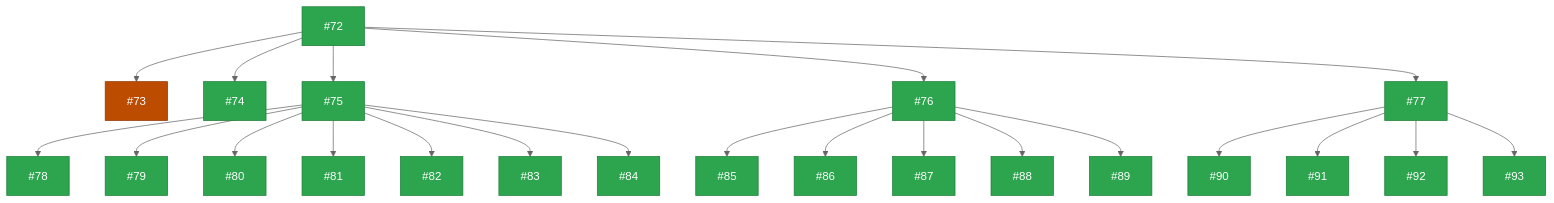
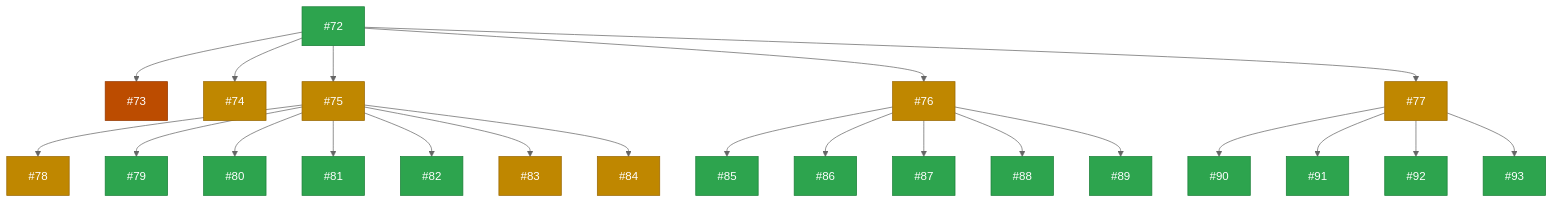
One commit to zappfish/zapp-requirements-tracker changed the eighth of 9 diagrams in README.md. Above: the diagram before and after it, drawn with Mermaid (neutral theme). The commit also changed other lines of this file, not shown here.

Commit message:
Update WBS diagram colors to match project board statuses (#122)

````diff
--- a/README.md
+++ b/README.md
@@ -376,63 +376,63 @@
 ```mermaid
 graph TD
     R6["#72"]:::backlog
 
     R6A["#73"]:::done
-    R6B["#74"]:::backlog
-    R6C["#75"]:::backlog
-    R6D["#76"]:::backlog
-    R6E["#77"]:::backlog
+    R6B["#74"]:::inprogress
+    R6C["#75"]:::inprogress
+    R6D["#76"]:::inprogress
+    R6E["#77"]:::inprogress
     R6 --> R6A & R6B & R6C & R6D & R6E
 
-    R6C1["#78"]:::backlog
+    R6C1["#78"]:::inprogress
     R6C2["#79"]:::backlog
     R6C3["#80"]:::backlog
     R6C4["#81"]:::backlog
     R6C5["#82"]:::backlog
-    R6C6["#83"]:::backlog
-    R6C7["#84"]:::backlog
+    R6C6["#83"]:::inprogress
+    R6C7["#84"]:::inprogress
     R6C --> R6C1 & R6C2 & R6C3 & R6C4 & R6C5 & R6C6 & R6C7
 
     R6D1["#85"]:::backlog
     R6D2["#86"]:::backlog
     R6D3["#87"]:::backlog
     R6D4["#88"]:::backlog
     R6D5["#89"]:::backlog
     R6D --> R6D1 & R6D2 & R6D3 & R6D4 & R6D5
 
     R6E1["#90"]:::backlog
     R6E2["#91"]:::backlog
     R6E3["#92"]:::backlog
     R6E4["#93"]:::backlog
     R6E --> R6E1 & R6E2 & R6E3 & R6E4
 
     click R6 href "https://github.com/zappfish/zapp-requirements-tracker/issues/72" _blank
     click R6A href "https://github.com/zappfish/zapp-requirements-tracker/issues/73" _blank
     click R6B href "https://github.com/zappfish/zapp-requirements-tracker/issues/74" _blank
     click R6C href "https://github.com/zappfish/zapp-requirements-tracker/issues/75" _blank
     click R6D href "https://github.com/zappfish/zapp-requirements-tracker/issues/76" _blank
     click R6E href "https://github.com/zappfish/zapp-requirements-tracker/issues/77" _blank
     click R6C1 href "https://github.com/zappfish/zapp-requirements-tracker/issues/78" _blank
     click R6C2 href "https://github.com/zappfish/zapp-requirements-tracker/issues/79" _blank
     click R6C3 href "https://github.com/zappfish/zapp-requirements-tracker/issues/80" _blank
     click R6C4 href "https://github.com/zappfish/zapp-requirements-tracker/issues/81" _blank
     click R6C5 href "https://github.com/zappfish/zapp-requirements-tracker/issues/82" _blank
     click R6C6 href "https://github.com/zappfish/zapp-requirements-tracker/issues/83" _blank
     click R6C7 href "https://github.com/zappfish/zapp-requirements-tracker/issues/84" _blank
     click R6D1 href "https://github.com/zappfish/zapp-requirements-tracker/issues/85" _blank
     click R6D2 href "https://github.com/zappfish/zapp-requirements-tracker/issues/86" _blank
     click R6D3 href "https://github.com/zappfish/zapp-requirements-tracker/issues/87" _blank
     click R6D4 href "https://github.com/zappfish/zapp-requirements-tracker/issues/88" _blank
     click R6D5 href "https://github.com/zappfish/zapp-requirements-tracker/issues/89" _blank
     click R6E1 href "https://github.com/zappfish/zapp-requirements-tracker/issues/90" _blank
     click R6E2 href "https://github.com/zappfish/zapp-requirements-tracker/issues/91" _blank
     click R6E3 href "https://github.com/zappfish/zapp-requirements-tracker/issues/92" _blank
     click R6E4 href "https://github.com/zappfish/zapp-requirements-tracker/issues/93" _blank
 
     classDef backlog fill:#2da44e,stroke:#1a7f37,color:#fff
     classDef upnext fill:#0969da,stroke:#0550ae,color:#fff
     classDef inprogress fill:#bf8700,stroke:#9a6700,color:#fff
     classDef inreview fill:#8250df,stroke:#6639ba,color:#fff
     classDef stable fill:#bf3989,stroke:#99306f,color:#fff
     classDef done fill:#bc4c00,stroke:#953800,color:#fff
 ```
````
